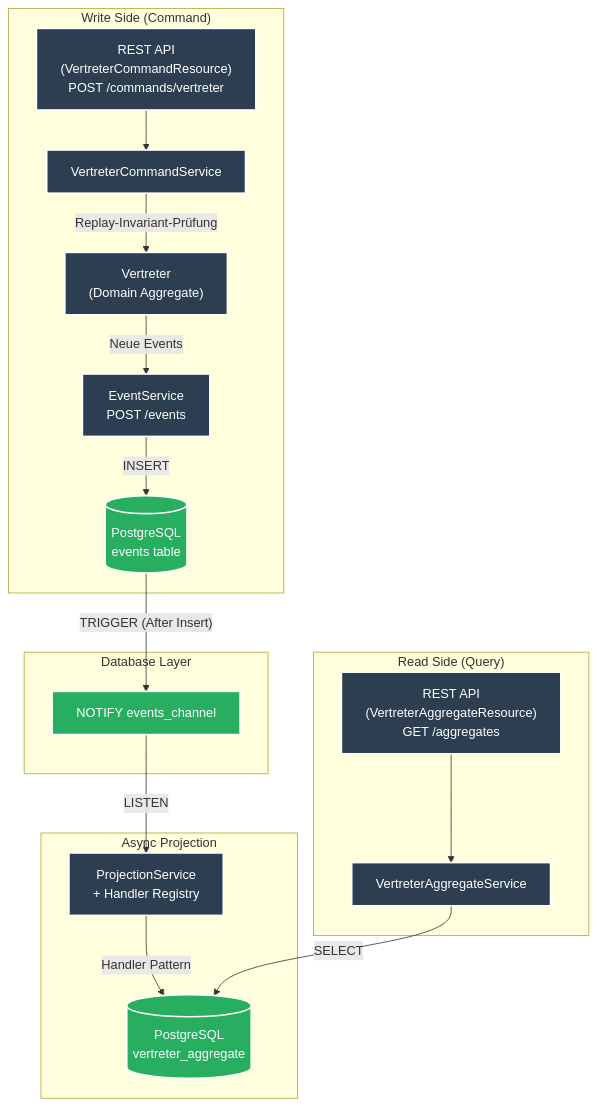
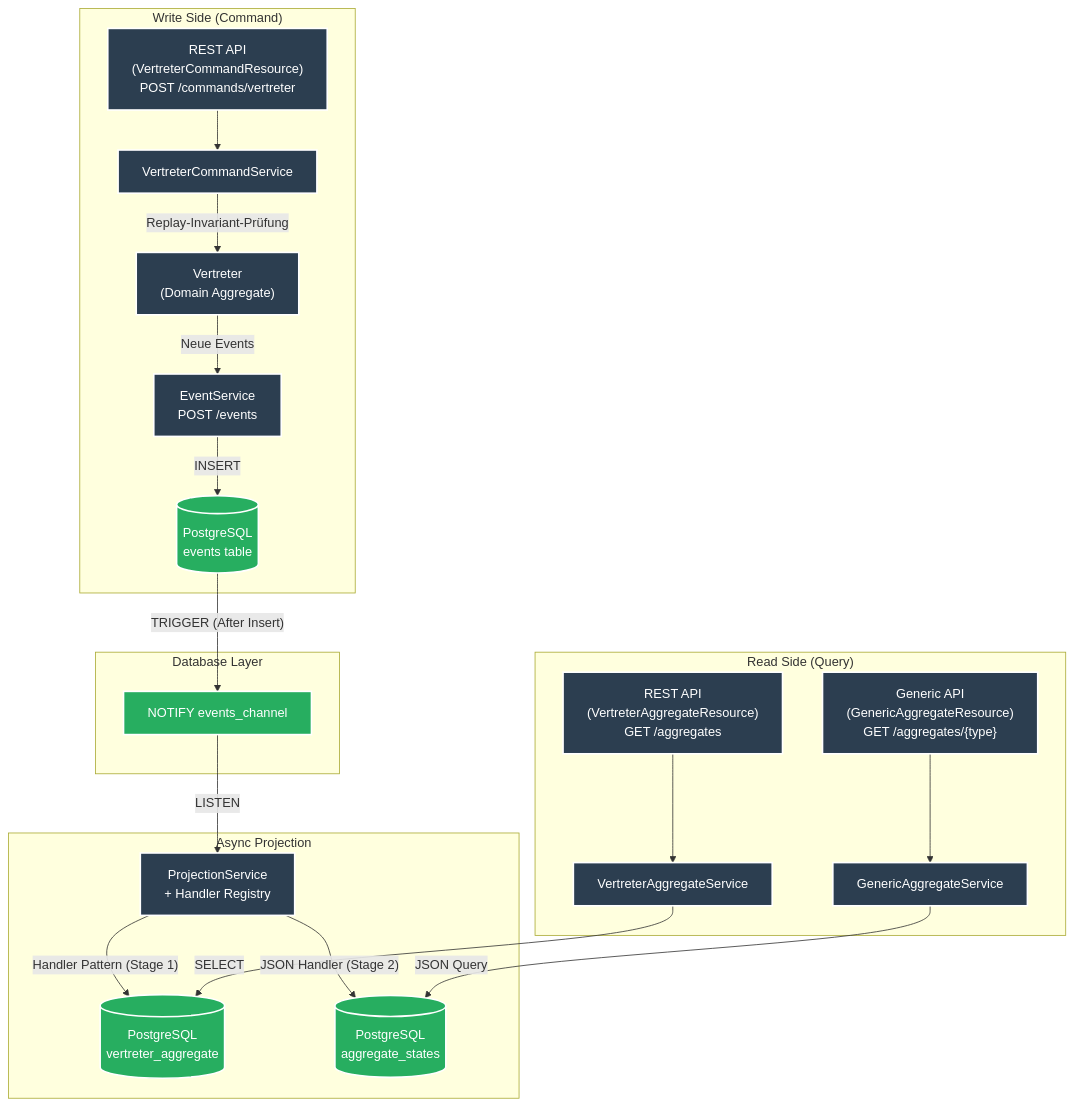
Before and after one commit to maatini/es-psql-quarkus: the diagram in README.md, drawn with Mermaid. The commit also changed other lines of this file and 9 other files, not shown here.

Commit message:
feat: implement stage 2 generic JSON-based read-model

````diff
--- a/README.md
+++ b/README.md
@@ -9,29 +9,32 @@
 ```mermaid
 graph TD
     subgraph "Write Side (Command)"
         CMD["REST API<br/>(VertreterCommandResource)<br/>POST /commands/vertreter"] --> CS["VertreterCommandService"]
         CS --> |"Replay-Invariant-Prüfung"| VA["Vertreter<br/>(Domain Aggregate)"]
         VA --> |"Neue Events"| ES_RAW["EventService<br/>POST /events"]
         ES_RAW --> |"INSERT"| DB_Events[("PostgreSQL<br/>events table")]
     end
 
     subgraph "Database Layer"
         DB_Events --> |"TRIGGER (After Insert)"| DB_Notify["NOTIFY events_channel"]
     end
 
     subgraph "Async Projection"
         DB_Notify --> |"LISTEN"| PROJ["ProjectionService<br/>+ Handler Registry"]
-        PROJ --> |"Handler Pattern"| DB_Agg[("PostgreSQL<br/>vertreter_aggregate")]
+        PROJ --> |"Handler Pattern (Stage 1)"| DB_Agg[("PostgreSQL<br/>vertreter_aggregate")]
+        PROJ --> |"JSON Handler (Stage 2)"| DB_Generic[("PostgreSQL<br/>aggregate_states")]
     end
 
     subgraph "Read Side (Query)"
         API_R["REST API<br/>(VertreterAggregateResource)<br/>GET /aggregates"] --> AS["VertreterAggregateService"]
         AS --> |"SELECT"| DB_Agg
+        API_G["Generic API<br/>(GenericAggregateResource)<br/>GET /aggregates/{type}"] --> GS["GenericAggregateService"]
+        GS --> |"JSON Query"| DB_Generic
     end
 
     classDef java fill:#2C3E50,stroke:#fff,stroke-width:2px,color:#fff;
     classDef db fill:#27AE60,stroke:#fff,stroke-width:2px,color:#fff;
 
-    class CMD,CS,VA,ES_RAW,API_R,AS,PROJ java;
-    class DB_Events,DB_Agg,DB_Notify db;
+    class CMD,CS,VA,ES_RAW,API_R,AS,PROJ,API_G,GS java;
+    class DB_Events,DB_Agg,DB_Notify,DB_Generic db;
 ```
````
